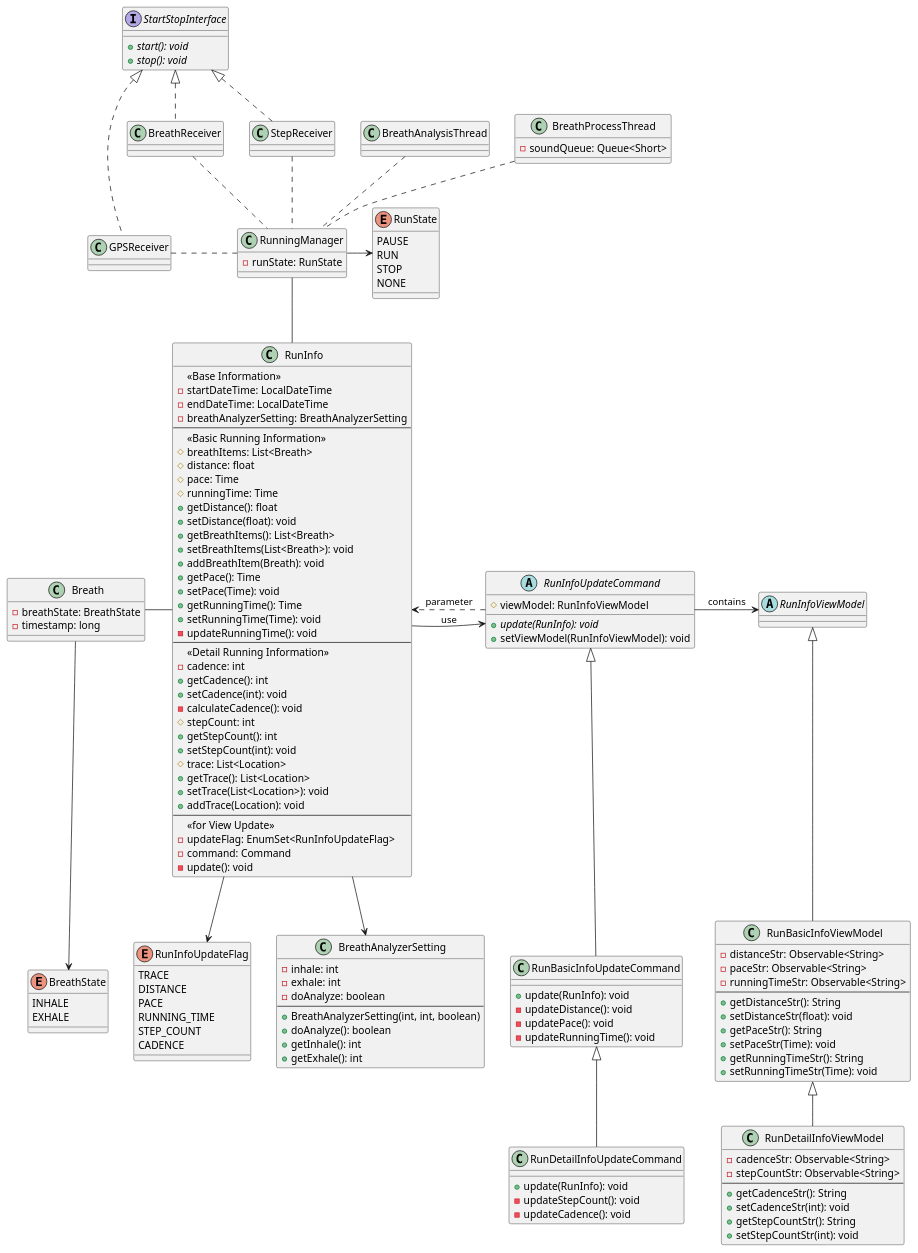
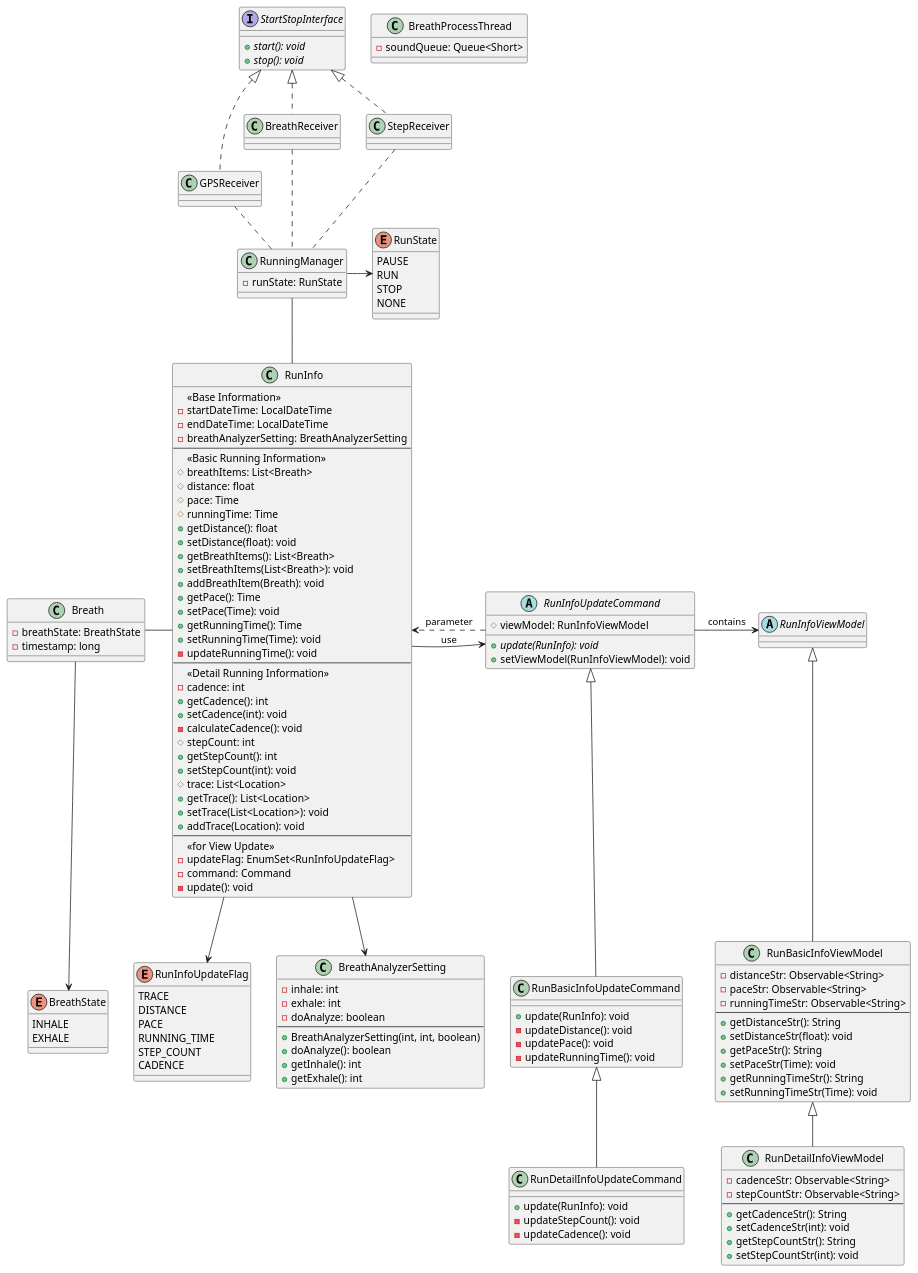
Before and after one commit to CAU2022-CAPSTONE-PACETIME/pacetime: the diagram in app/DomainClassDiagram.puml, drawn with PlantUML.

Commit message:
Delete useless class

```diff
--- a/app/DomainClassDiagram.puml
+++ b/app/DomainClassDiagram.puml
@@ -1,166 +1,164 @@
 @startuml
 'https://plantuml.com/class-diagram
 
 RunInfo -> RunInfoUpdateCommand : use
 RunInfo --> BreathAnalyzerSetting
 RunInfo --> RunInfoUpdateFlag
 Breath - RunInfo
 
 RunInfoUpdateCommand .> RunInfo : parameter
 RunInfoUpdateCommand <|-- RunBasicInfoUpdateCommand
 RunBasicInfoUpdateCommand <|-- RunDetailInfoUpdateCommand
 RunInfoUpdateCommand -> RunInfoViewModel : contains
 
 RunInfoViewModel <|-- RunBasicInfoViewModel
 RunBasicInfoViewModel <|-- RunDetailInfoViewModel
 
 Breath --> BreathState
 
 RunningManager -- RunInfo
-BreathProcessThread  .. RunningManager
 BreathReceiver  .. RunningManager
-BreathAnalysisThread .. RunningManager
 StepReceiver .. RunningManager
 GPSReceiver . RunningManager
 RunningManager -> RunState
 
-StartStopInterface <|... GPSReceiver
+StartStopInterface <|.. GPSReceiver
 StartStopInterface <|.. BreathReceiver
 StartStopInterface <|.. StepReceiver
 
 enum RunState{
     PAUSE
     RUN
     STOP
     NONE
 }
 
 class RunningManager{
     -runState: RunState
 }
 
 class BreathProcessThread{
     -soundQueue: Queue<Short>
 }
 
 class Breath{
     -breathState: BreathState
     -timestamp: long
 }
 
 enum BreathState{
     INHALE
     EXHALE
 }
 
 abstract class RunInfoViewModel
 
 abstract class RunInfoUpdateCommand{
     #viewModel: RunInfoViewModel
     {abstract}+update(RunInfo): void
     +setViewModel(RunInfoViewModel): void
 }
 
 class RunInfo{
     <<Base Information>>
     -startDateTime: LocalDateTime
     -endDateTime: LocalDateTime
     -breathAnalyzerSetting: BreathAnalyzerSetting
     --
     <<Basic Running Information>>
     #breathItems: List<Breath>
     #distance: float
     #pace: Time
     #runningTime: Time
     +getDistance(): float
     +setDistance(float): void
     +getBreathItems(): List<Breath>
     +setBreathItems(List<Breath>): void
     +addBreathItem(Breath): void
     +getPace(): Time
     +setPace(Time): void
     +getRunningTime(): Time
     +setRunningTime(Time): void
     -updateRunningTime(): void
     --
     <<Detail Running Information>>
     -cadence: int
     +getCadence(): int
     +setCadence(int): void
     -calculateCadence(): void
     #stepCount: int
     +getStepCount(): int
     +setStepCount(int): void
     #trace: List<Location>
     +getTrace(): List<Location>
     +setTrace(List<Location>): void
     +addTrace(Location): void
     --
     <<for View Update>>
     -updateFlag: EnumSet<RunInfoUpdateFlag>
     -command: Command
     -update(): void
 }
 
 enum RunInfoUpdateFlag{
     TRACE
     DISTANCE
     PACE
     RUNNING_TIME
     STEP_COUNT
     CADENCE
 }
 
 class RunBasicInfoUpdateCommand{
     +update(RunInfo): void
     -updateDistance(): void
     -updatePace(): void
     -updateRunningTime(): void
 }
 
 class RunBasicInfoViewModel{
     -distanceStr: Observable<String>
     -paceStr: Observable<String>
     -runningTimeStr: Observable<String>
     --
     +getDistanceStr(): String
     +setDistanceStr(float): void
     +getPaceStr(): String
     +setPaceStr(Time): void
     +getRunningTimeStr(): String
     +setRunningTimeStr(Time): void
 }
 
 class RunDetailInfoUpdateCommand{
     +update(RunInfo): void
     -updateStepCount(): void
     -updateCadence(): void
 }
 
 class RunDetailInfoViewModel{
     -cadenceStr: Observable<String>
     -stepCountStr: Observable<String>
     --
     +getCadenceStr(): String
     +setCadenceStr(int): void
     +getStepCountStr(): String
     +setStepCountStr(int): void
 }
 
 class BreathAnalyzerSetting{
     -inhale: int
     -exhale: int
     -doAnalyze: boolean
     --
     +BreathAnalyzerSetting(int, int, boolean)
     +doAnalyze(): boolean
     +getInhale(): int
     +getExhale(): int
 }
 
 interface StartStopInterface{
     +start(): void {abstract}
     +stop(): void {abstract}
 }
 
 @enduml
```
